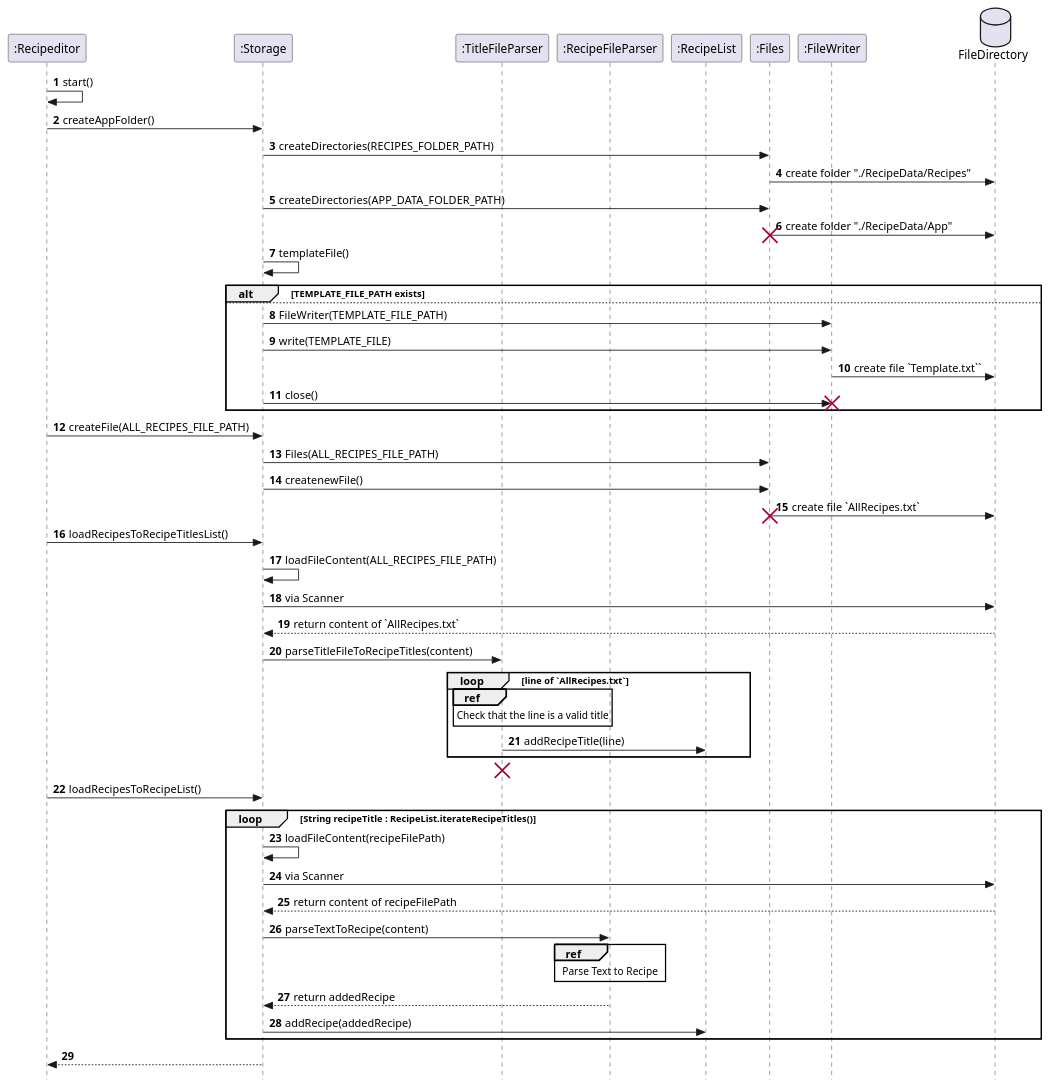
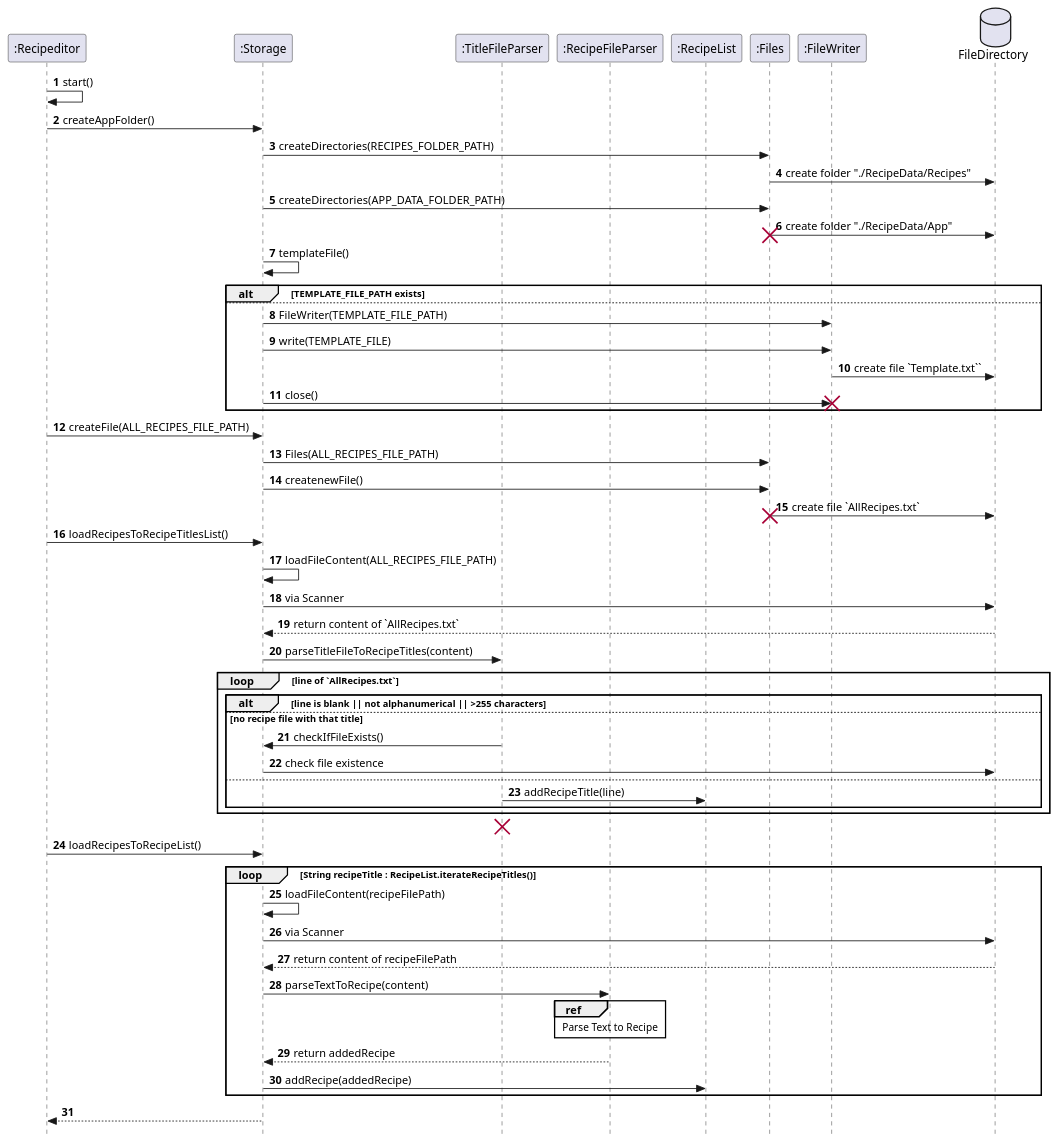
The diagram in docs/SequenceDiagram/StartupStorageSequence.puml (nus-cs2113-AY2223S1/tp), drawn with PlantUML before and after one commit. The commit also changed 18 other files, not shown here.

```diff
--- a/docs/SequenceDiagram/StartupStorageSequence.puml
+++ b/docs/SequenceDiagram/StartupStorageSequence.puml
@@ -1,79 +1,82 @@
 @startuml
 skinparam Style strictuml
 autonumber
 
 
 participant ":Recipeditor" as recipeditor
 participant ":Storage" as store
 participant ":TitleFileParser" as titleparse
 participant ":RecipeFileParser" as recipeparse
 participant ":RecipeList" as recipelist
 participant ":Files" as files
 participant ":FileWriter" as fw
 database FileDirectory
 
 recipeditor -> recipeditor: start()
 recipeditor -> store: createAppFolder()
 
 
 store -> files: createDirectories(RECIPES_FOLDER_PATH)
 files -> FileDirectory: create folder "./RecipeData/Recipes"
 store -> files: createDirectories(APP_DATA_FOLDER_PATH)
 files -> FileDirectory: create folder "./RecipeData/App"
 destroy files
 
 store -> store: templateFile()
 
 alt TEMPLATE_FILE_PATH exists
 
 else
 store-> fw: FileWriter(TEMPLATE_FILE_PATH)
 store-> fw: write(TEMPLATE_FILE)
 fw->FileDirectory: create file `Template.txt``
 store-> fw: close()
 destroy fw
 end
 
 
 recipeditor -> store: createFile(ALL_RECIPES_FILE_PATH)
 store -> files: Files(ALL_RECIPES_FILE_PATH)
 store -> files: createnewFile()
 files -> FileDirectory: create file `AllRecipes.txt`
 destroy files
 
 
 
 recipeditor -> store: loadRecipesToRecipeTitlesList()
 store -> store: loadFileContent(ALL_RECIPES_FILE_PATH)
 store -> FileDirectory: via Scanner
 FileDirectory --> store: return content of `AllRecipes.txt`
 store -> titleparse: parseTitleFileToRecipeTitles(content)
 loop line of `AllRecipes.txt`
-    ref over titleparse
-        Check that the line is a valid title
-    end
-titleparse -> recipelist: addRecipeTitle(line)
+    alt line is blank || not alphanumerical || >255 characters
+    else no recipe file with that title
+    titleparse -> store: checkIfFileExists()
+    store -> FileDirectory: check file existence
+    else
+    titleparse -> recipelist: addRecipeTitle(line)
+    end alt
 end loop
 destroy titleparse
 
 recipeditor -> store: loadRecipesToRecipeList()
 
 loop String recipeTitle : RecipeList.iterateRecipeTitles()
 store -> store: loadFileContent(recipeFilePath)
 store -> FileDirectory: via Scanner
 FileDirectory --> store: return content of recipeFilePath
 store -> recipeparse: parseTextToRecipe(content)
     ref over recipeparse
         Parse Text to Recipe
     end
 recipeparse --> store: return addedRecipe
 store -> recipelist: addRecipe(addedRecipe)
 end loop
 
 
 
 store --> recipeditor:
 
 
 
 @enduml
```
